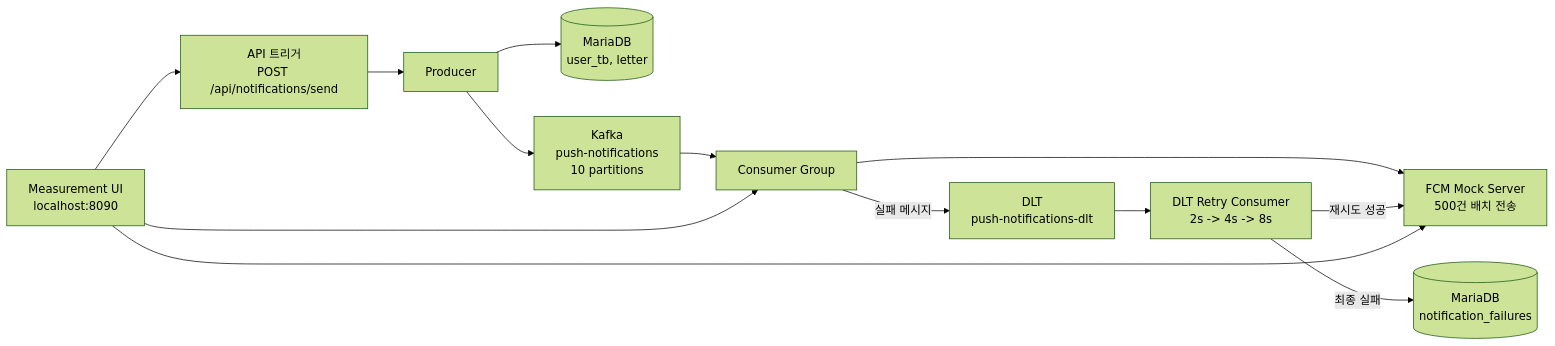
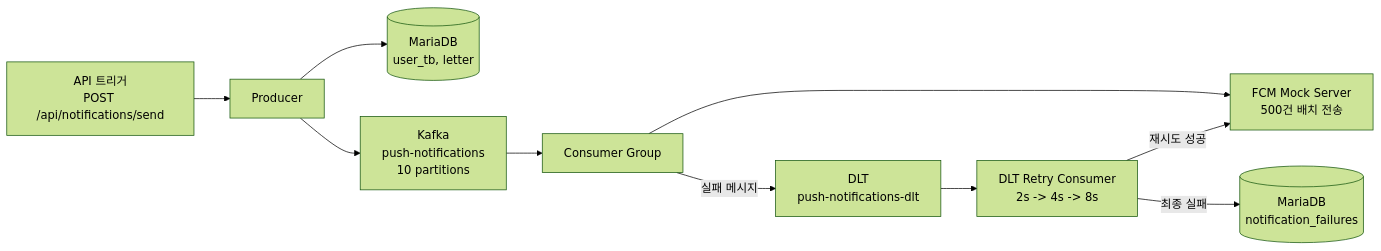
Before and after one commit to Hoseok-Seong/Re_Tap_Notification_Pipeline: the diagram in README.md, drawn with Mermaid (forest theme). The commit also changed other lines of this file, not shown here.

Commit message:
docs: 아키텍처 다이어그램 측정 UI 분리

````diff
--- a/README.md
+++ b/README.md
@@ -19,15 +19,12 @@
 ```mermaid
 flowchart LR
     A[API 트리거<br/>POST /api/notifications/send] --> B[Producer]
     B --> C[(MariaDB<br/>user_tb, letter)]
     B --> D[Kafka<br/>push-notifications<br/>10 partitions]
     D --> E[Consumer Group]
     E --> F[FCM Mock Server<br/>500건 배치 전송]
     E -->|실패 메시지| G[DLT<br/>push-notifications-dlt]
     G --> H[DLT Retry Consumer<br/>2s -> 4s -> 8s]
     H -->|재시도 성공| F
     H -->|최종 실패| I[(MariaDB<br/>notification_failures)]
-    J[Measurement UI<br/>localhost:8090] --> A
-    J --> F
-    J --> E
 ```
````
